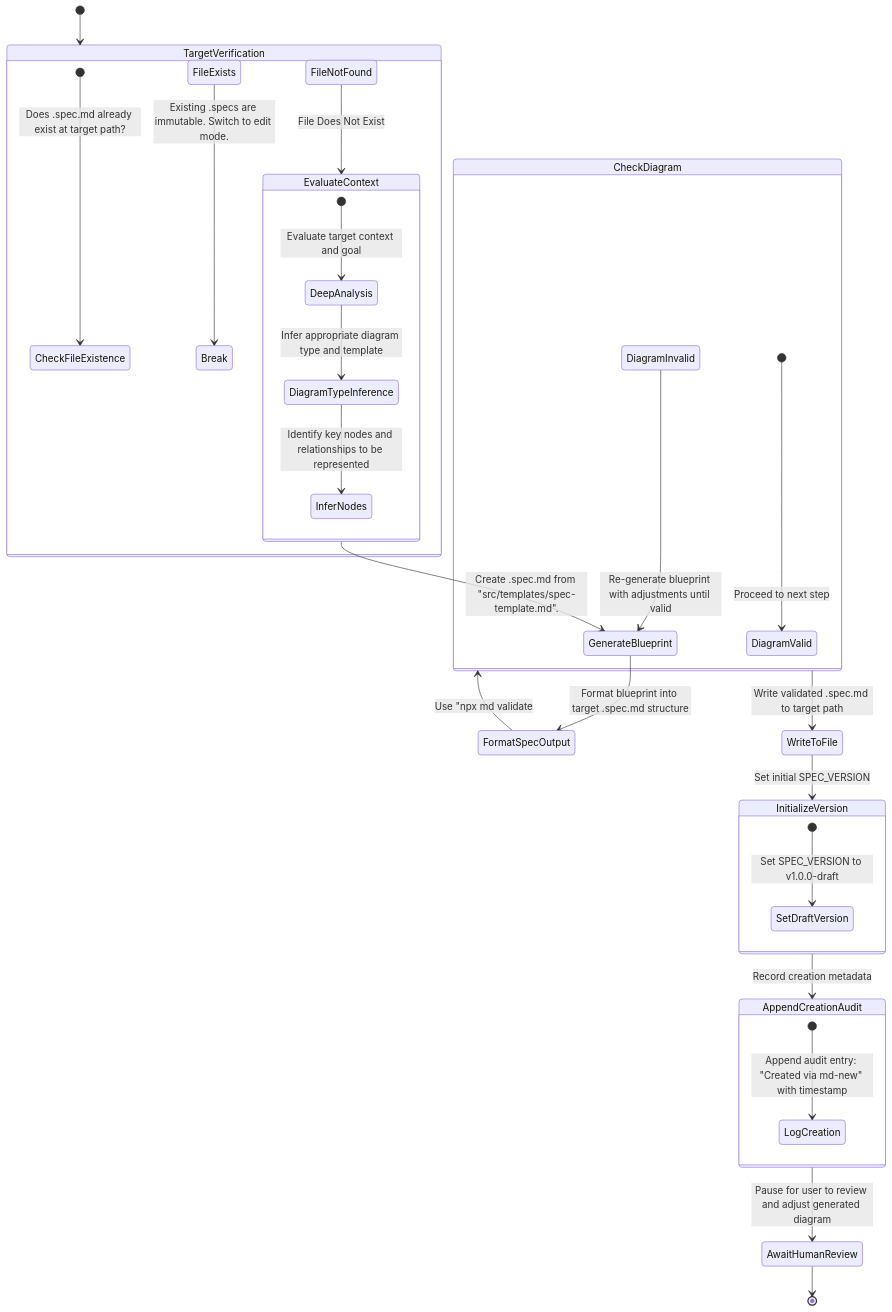
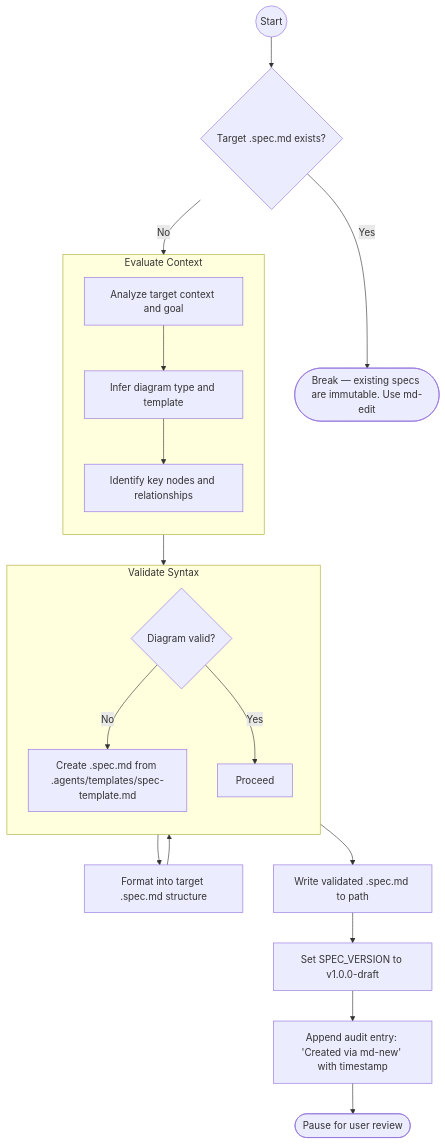
Before and after one commit to JulioCRFilho/mermaid-diagram-driven-development: the diagram in .agents/skills/md-new/SKILL.md, drawn with Mermaid. The commit also changed 8 other files, not shown here.

First line of the commit message:
refactor(skills): migrate state diagrams to flowcharts and update spec versions

````diff
--- a/.agents/skills/md-new/SKILL.md
+++ b/.agents/skills/md-new/SKILL.md
@@ -3,42 +3,31 @@
 ```mermaid
-%% @spec-version v1.3.1
-stateDiagram-v2
-    [*] --> TargetVerification
+%% @spec-version v1.3.2
+graph TD
+    Start((Start)) --> CheckTarget{Target .spec.md exists?}
 
-    state TargetVerification {
-        [*] --> CheckFileExistence: Does .spec.md already exist at target path?
-        FileExists --> Break: Existing .specs are immutable. Switch to edit mode.
-        FileNotFound --> EvaluateContext: File Does Not Exist
-    }
+    CheckTarget -->|Yes| Break([Break — existing specs are immutable. Use md-edit])
+    CheckTarget -->|No| Evaluate
 
-    state EvaluateContext {
-        [*] --> DeepAnalysis: Evaluate target context and goal
-        DeepAnalysis --> DiagramTypeInference: Infer appropriate diagram type and template
-        DiagramTypeInference --> InferNodes: Identify key nodes and relationships to be represented
-    }
+    subgraph Evaluate[Evaluate Context]
+        direction TB
+        E1[Analyze target context and goal]
+        E1 --> E2[Infer diagram type and template]
+        E2 --> E3[Identify key nodes and relationships]
+    end
 
-    EvaluateContext --> GenerateBlueprint: Create .spec.md from "src/templates/spec-template.md".
-    GenerateBlueprint --> FormatSpecOutput: Format blueprint into target .spec.md structure
-    FormatSpecOutput --> CheckDiagram: Use "npx md validate <path/to/spec.md>" to validate diagram syntax
+    Evaluate --> Blueprint[Create .spec.md from .agents/templates/spec-template.md]
+    Blueprint --> Format[Format into target .spec.md structure]
+    Format --> CheckDiagram
 
-    state CheckDiagram {
-        [*] --> DiagramValid: Proceed to next step
-        DiagramInvalid --> GenerateBlueprint: Re-generate blueprint with adjustments until valid
-    }
-        
-    CheckDiagram --> WriteToFile: Write validated .spec.md to target path
-    WriteToFile --> InitializeVersion: Set initial SPEC_VERSION
+    subgraph CheckDiagram[Validate Syntax]
+        direction TB
+        C1{Diagram valid?}
+        C1 -->|Yes| C2[Proceed]
+        C1 -->|No| Blueprint
+    end
 
-    state InitializeVersion {
-        [*] --> SetDraftVersion: Set SPEC_VERSION to v1.0.0-draft
-    }
-
-    InitializeVersion --> AppendCreationAudit: Record creation metadata
-
-    state AppendCreationAudit {
-        [*] --> LogCreation: Append audit entry: "Created via md-new" with timestamp
-    }
-
-    AppendCreationAudit --> AwaitHumanReview: Pause for user to review and adjust generated diagram
-    AwaitHumanReview --> [*]
+    CheckDiagram --> Write[Write validated .spec.md to path]
+    Write --> Init[Set SPEC_VERSION to v1.0.0-draft]
+    Init --> Audit[Append audit entry: 'Created via md-new' with timestamp]
+    Audit --> Review([Pause for user review])
 ```
````
